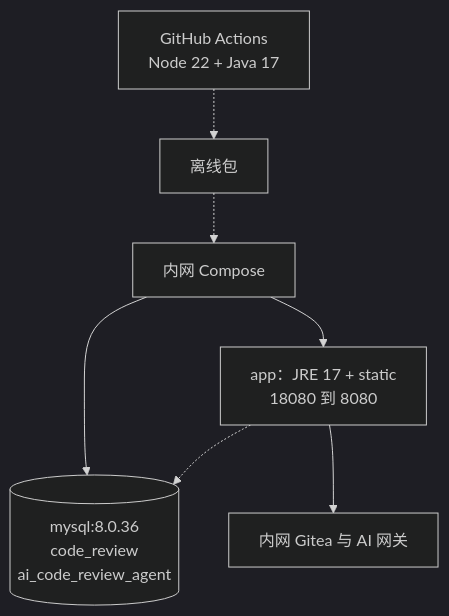
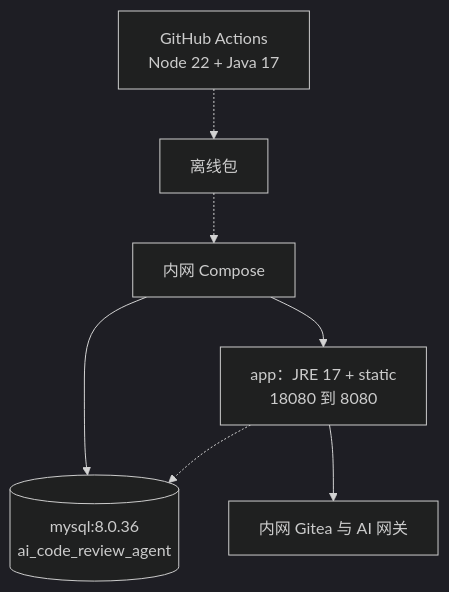
One commit to bakemonoingithub/codereview changed the third of 3 diagrams in docs/delivery/dev-20261013/系统图源.md. Above: the diagram before and after it, drawn with Mermaid (dark theme). The commit also changed other lines of this file and 15 other files, not shown here.

````diff
--- a/docs/delivery/dev-20261013/系统图源.md
+++ b/docs/delivery/dev-20261013/系统图源.md
@@ -66,9 +61,9 @@
 ```mermaid
 flowchart TB
   CI["GitHub Actions<br/>Node 22 + Java 17"] -.-> PKG["离线包"]
   PKG -.-> HOST["内网 Compose"]
   HOST --> APP["app：JRE 17 + static<br/>18080 到 8080"]
-  HOST --> MYSQL[("mysql:8.0.36<br/>code_review<br/>ai_code_review_agent")]
+  HOST --> MYSQL[("mysql:8.0.36<br/>ai_code_review_agent")]
   APP -.-> MYSQL
   APP --> GIT["内网 Gitea 与 AI 网关"]
 ```
````
